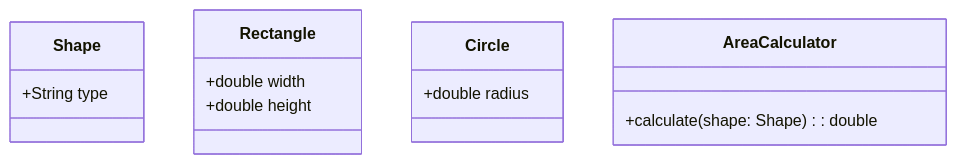
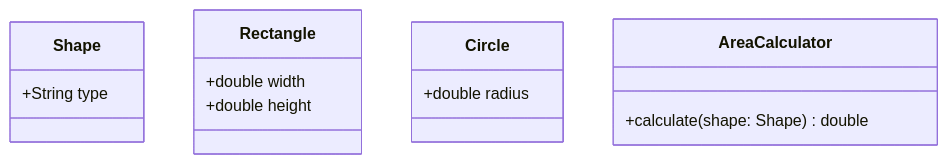
One commit to InfiniteAstral/notes changed the third of 4 diagrams in 计算机科学/面向对象设计与Java编程/9 设计模式/9-2 设计原则.md. Above: the diagram before and after it, drawn with Mermaid. The commit also changed other lines of this file, not shown here.

Commit message:
fix: mermaid class diagram extra colons 计算机科学/面向对象设计与Java编程/9 设计模式/9-2 设计原则.md

````diff
--- a/计算机科学/面向对象设计与Java编程/9 设计模式/9-2 设计原则.md
+++ b/计算机科学/面向对象设计与Java编程/9 设计模式/9-2 设计原则.md
@@ -75,16 +75,16 @@
 ```mermaid
 classDiagram
     class Shape {
         +String type
     }
     class Rectangle {
         +double width
         +double height
     }
     class Circle {
         +double radius
     }
     class AreaCalculator {
-        +calculate(shape: Shape): double
+        +calculate(shape: Shape) double
     }
 ```
````
